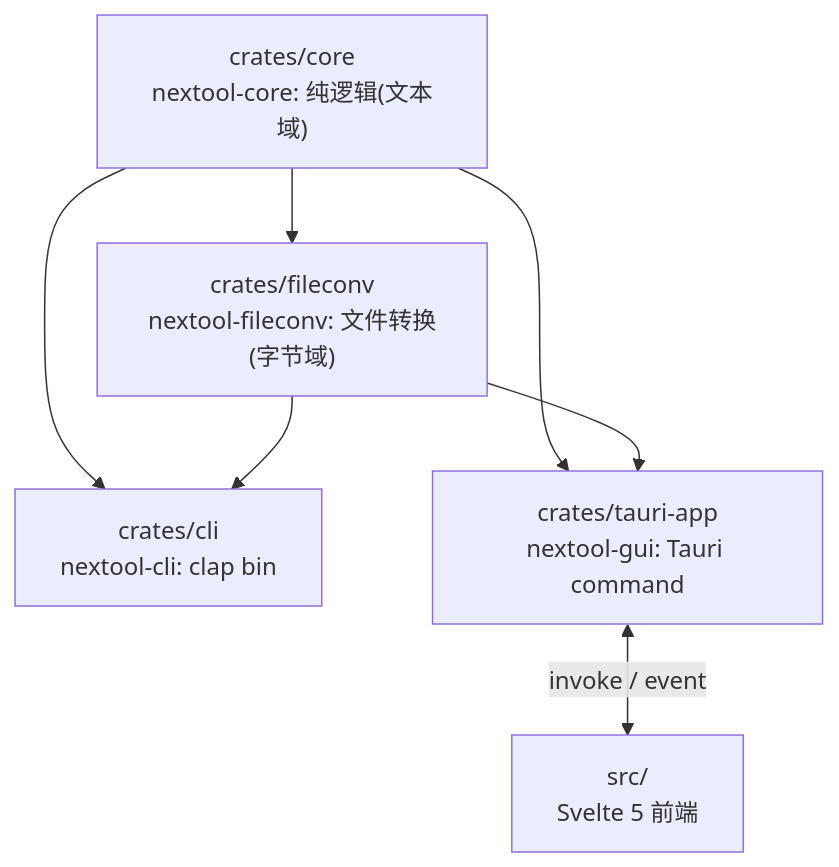
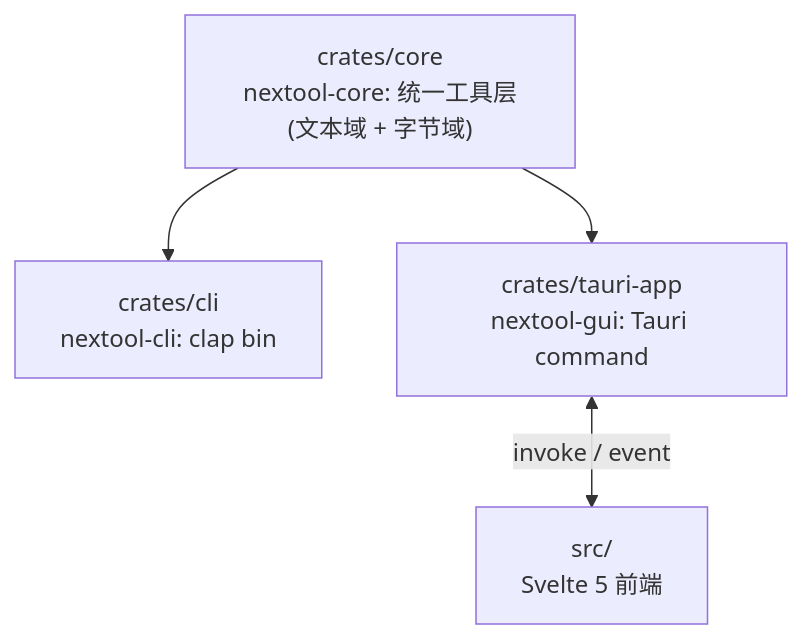
One commit to int2t05/NexToolkit changed the first of 3 diagrams in docs/tech.md. Above: the diagram before and after it, drawn with Mermaid. The commit also changed other lines of this file and 57 other files, not shown here.

````diff
--- a/docs/tech.md
+++ b/docs/tech.md
@@ -18,14 +18,10 @@
 ```mermaid
 flowchart TD
-  CORE["crates/core<br/>nextool-core: 纯逻辑(文本域)"]
-  FC["crates/fileconv<br/>nextool-fileconv: 文件转换(字节域)"]
+  CORE["crates/core<br/>nextool-core: 统一工具层(文本域 + 字节域)"]
   CLI["crates/cli<br/>nextool-cli: clap bin"]
   GUI["crates/tauri-app<br/>nextool-gui: Tauri command"]
   FE["src/<br/>Svelte 5 前端"]
-  CORE --> FC
   CORE --> CLI
-  FC --> CLI
   CORE --> GUI
-  FC --> GUI
   GUI <-->|"invoke / event"| FE
 ```
````
